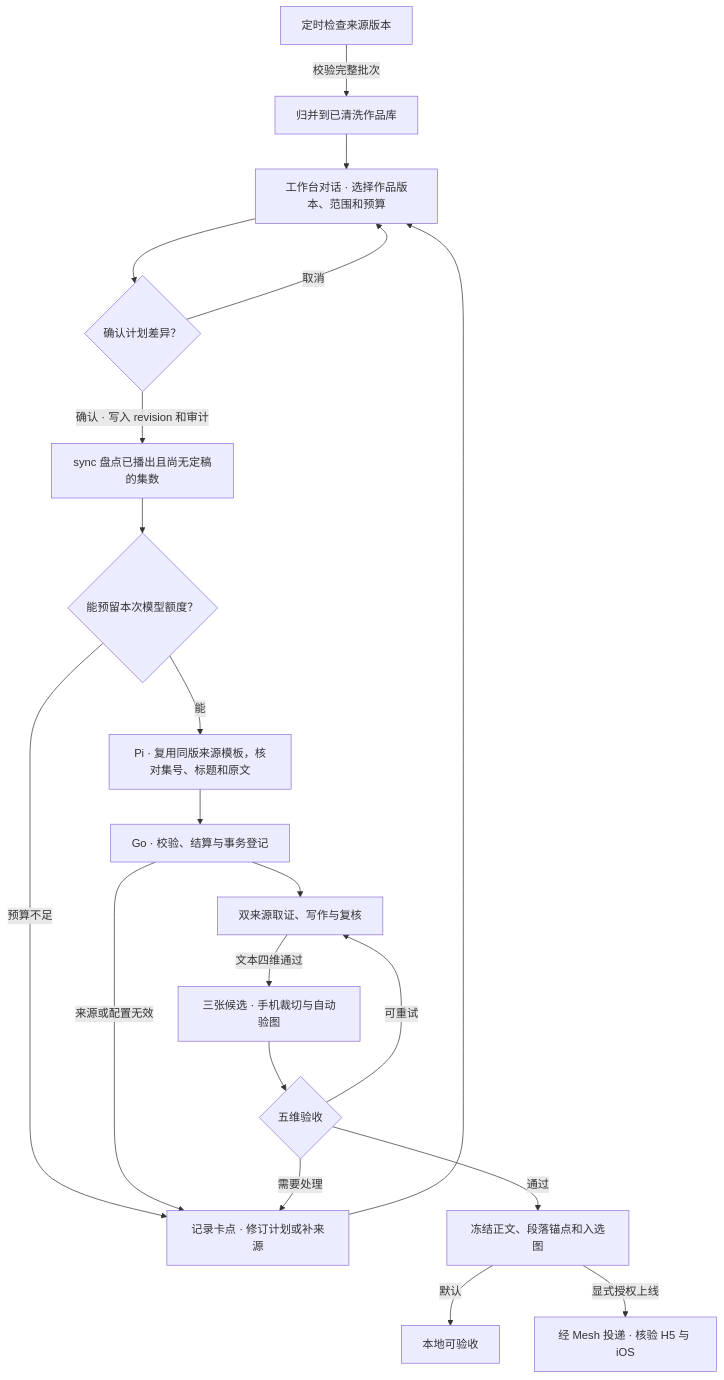
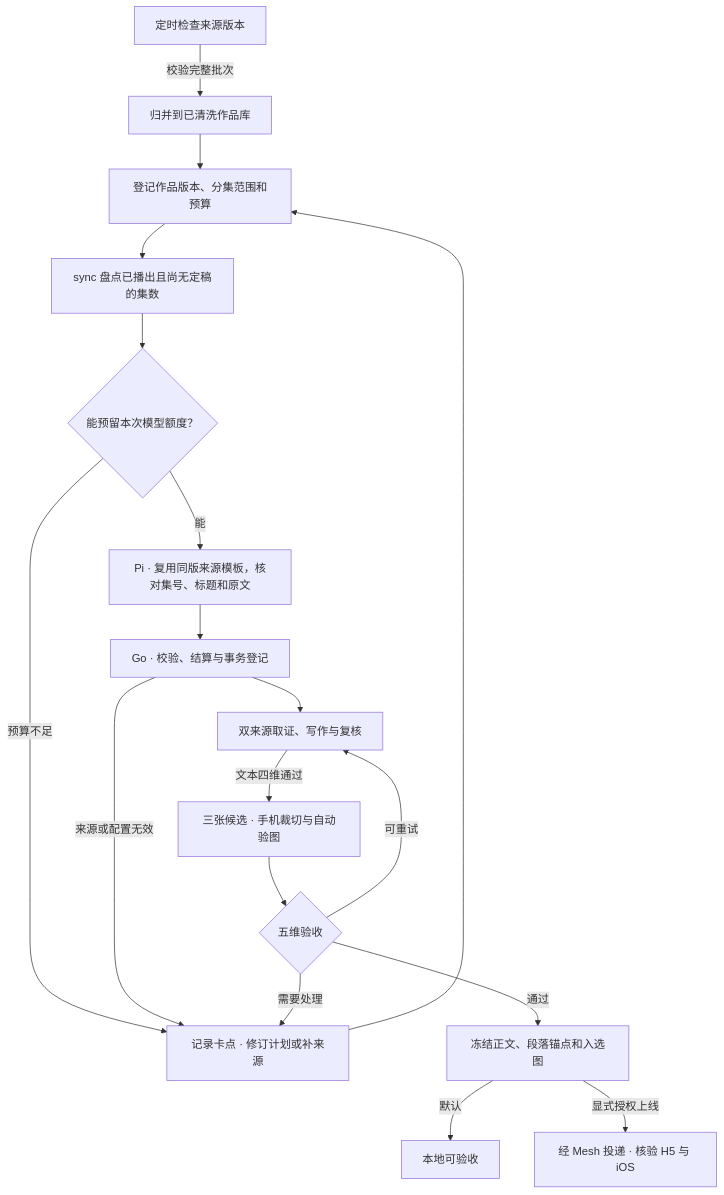
Before and after one commit to bluedao10000/player: the diagram in docs/diagrams/business.mmd, drawn with Mermaid. The commit also changed 197 other files, not shown here.

```diff
--- a/docs/diagrams/business.mmd
+++ b/docs/diagrams/business.mmd
@@ -1,35 +1,32 @@
 flowchart TB
   probe["定时检查来源版本"] -->|校验完整批次| works["归并到已清洗作品库"]
-  works --> ask["工作台对话 · 选择作品版本、范围和预算"]
-  ask --> confirm{"确认计划差异？"}
-  confirm -->|取消| ask
-  confirm -->|确认 · 写入 revision 和审计| gap["sync 盘点已播出且尚无定稿的集数"]
+  works --> ask["登记作品版本、分集范围和预算"]
+  ask --> gap["sync 盘点已播出且尚无定稿的集数"]
   gap --> budget{"能预留本次模型额度？"}
   budget -->|能| config["Pi · 复用同版来源模板，核对集号、标题和原文"]
   budget -->|预算不足| wait["记录卡点 · 修订计划或补来源"]
   config --> register["Go · 校验、结算与事务登记"]
   register -->|来源或配置无效| wait
   wait --> ask
   register --> proof["双来源取证、写作与复核"]
   proof -->|文本四维通过| media["三张候选 · 手机裁切与自动验图"]
   media --> gate{"五维验收"}
   gate -->|可重试| proof
   gate -->|需要处理| wait
   gate -->|通过| freeze["冻结正文、段落锚点和入选图"]
   freeze -->|默认| local["本地可验收"]
   freeze -->|显式授权上线| release["经 Mesh 投递 · 核验 H5 与 iOS"]
 %% probe | 按来源间隔检查已登记版本，无变化时跳过下载，失败写入同步记录。 | apps/api/internal/service/knowledge/sync.go
 %% works | 完整批次先暂存再归并，未选题的作品可停在清洗完成。 | apps/api/internal/repository/queries/knowledge/queries.queries
-%% ask | 对话读取实际计划、作品缺口及预算并提出结构化方案。 | apps/web/src/features/workbench/chat.tsx
-%% confirm | 确认后复核差异、expected revision 和请求幂等性。 | apps/api/internal/handler/knowledge/chat.go
+%% ask | 制作范围可通过配置文件或管理命令登记。 | apps/sync/cmd/knowledge/main.go
 %% gap | 对比盘点快照、计划范围和既有定稿，保留已发布集数。 | apps/api/internal/repository/queries/knowledge/schedule.queries
 %% budget | 模型调用前预留额度，结算后释放余额。额度不足时等待在途结算或暂停。 | apps/sync/internal/service/scheduler/configuration.go
 %% config | 目前支持已登记的同版官方分集合集页与分集指南模板。 | apps/agent/src/episode-configuration-task.ts
 %% register | 验证原文顺序、人物定位与参考图指纹。将分集、来源快照和制作请求原子登记。 | apps/api/internal/service/knowledge/episode_configuration.go
-%% wait | 工作台展示配置失败、预算暂停、重试和阶段。 | apps/web/src/features/workbench/editor-desk.tsx
+%% wait | 调度保留配置失败、预算暂停与重试记录。 | apps/sync/internal/service/scheduler/configuration.go
 %% proof | 沿可验证原文取证、按顺序写作并复核，复用有效来源快照。 | apps/agent/src/research.ts
 %% media | 用已登记肖像生成候选，记录参考指纹、原图、裁切与验图凭证。 | apps/api/internal/service/knowledge/media.go
 %% gate | 核对人物、剧情、世界观、时间线和图片，失败留有逐项原因。 | apps/api/internal/service/knowledge/episode_plan.go
 %% freeze | 保存本次正文、阅读锚点及入选图内容地址。 | apps/api/internal/service/knowledge/acceptance.go
 %% local | 自动登记的配置默认供本地验收。 | apps/api/internal/repository/queries/knowledge/configuration.queries
 %% release | 正式发布只处理显式授权的单集，并核对公开正文、锚点、场景和图像摘要。 | apps/sync/cmd/reader-release/send.go
```
